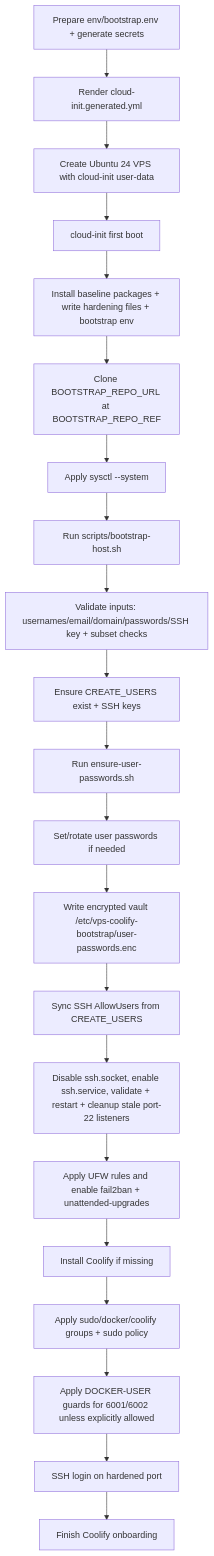
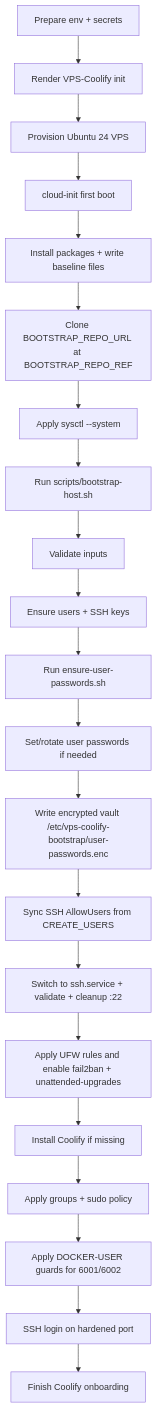
One commit to rigu/vps-coolify-bootstrap changed the diagram in docs/bootstrap-flow.md. Above: the diagram before and after it, drawn with Mermaid. The commit also changed other lines of this file and 12 other files, not shown here.

Commit message:
docs+scripts: centralize generated artifacts and rename init output

````diff
--- a/docs/bootstrap-flow.md
+++ b/docs/bootstrap-flow.md
@@ -29,23 +31,23 @@
 ```mermaid
 flowchart TD
-  A[Prepare env/bootstrap.env + generate secrets] --> B[Render cloud-init.generated.yml]
-  B --> C[Create Ubuntu 24 VPS with cloud-init user-data]
+  A[Prepare env + secrets] --> B[Render VPS-Coolify init]
+  B --> C[Provision Ubuntu 24 VPS]
   C --> D[cloud-init first boot]
-  D --> E[Install baseline packages + write hardening files + bootstrap env]
+  D --> E[Install packages + write baseline files]
   E --> F[Clone BOOTSTRAP_REPO_URL at BOOTSTRAP_REPO_REF]
   F --> G[Apply sysctl --system]
   G --> H[Run scripts/bootstrap-host.sh]
-  H --> H1[Validate inputs: usernames/email/domain/passwords/SSH key + subset checks]
-  H1 --> I[Ensure CREATE_USERS exist + SSH keys]
+  H --> H1[Validate inputs]
+  H1 --> I[Ensure users + SSH keys]
   I --> J[Run ensure-user-passwords.sh]
   J --> K[Set/rotate user passwords if needed]
   K --> L[Write encrypted vault /etc/vps-coolify-bootstrap/user-passwords.enc]
   L --> M[Sync SSH AllowUsers from CREATE_USERS]
-  M --> N[Disable ssh.socket, enable ssh.service, validate + restart + cleanup stale port-22 listeners]
+  M --> N[Switch to ssh.service + validate + cleanup :22]
   N --> O[Apply UFW rules and enable fail2ban + unattended-upgrades]
   O --> P[Install Coolify if missing]
-  P --> Q[Apply sudo/docker/coolify groups + sudo policy]
-  Q --> R[Apply DOCKER-USER guards for 6001/6002 unless explicitly allowed]
+  P --> Q[Apply groups + sudo policy]
+  Q --> R[Apply DOCKER-USER guards for 6001/6002]
   R --> S[SSH login on hardened port]
   S --> T[Finish Coolify onboarding]
 ```
````
